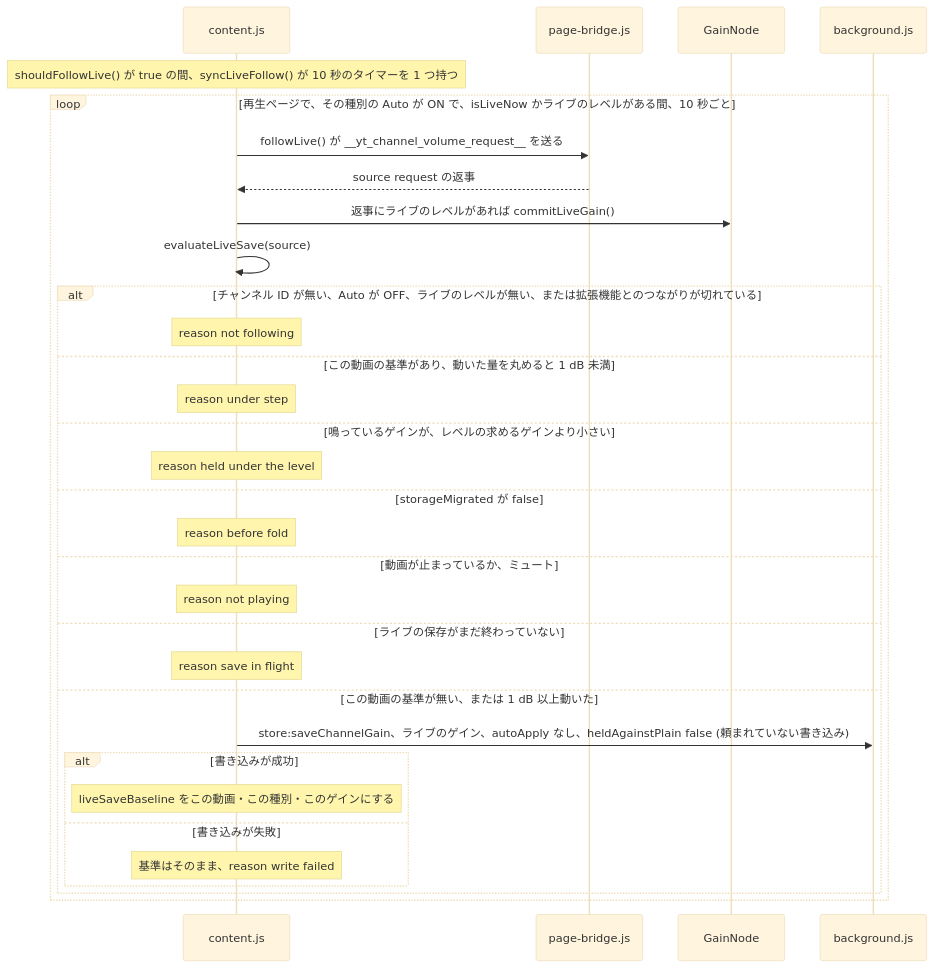
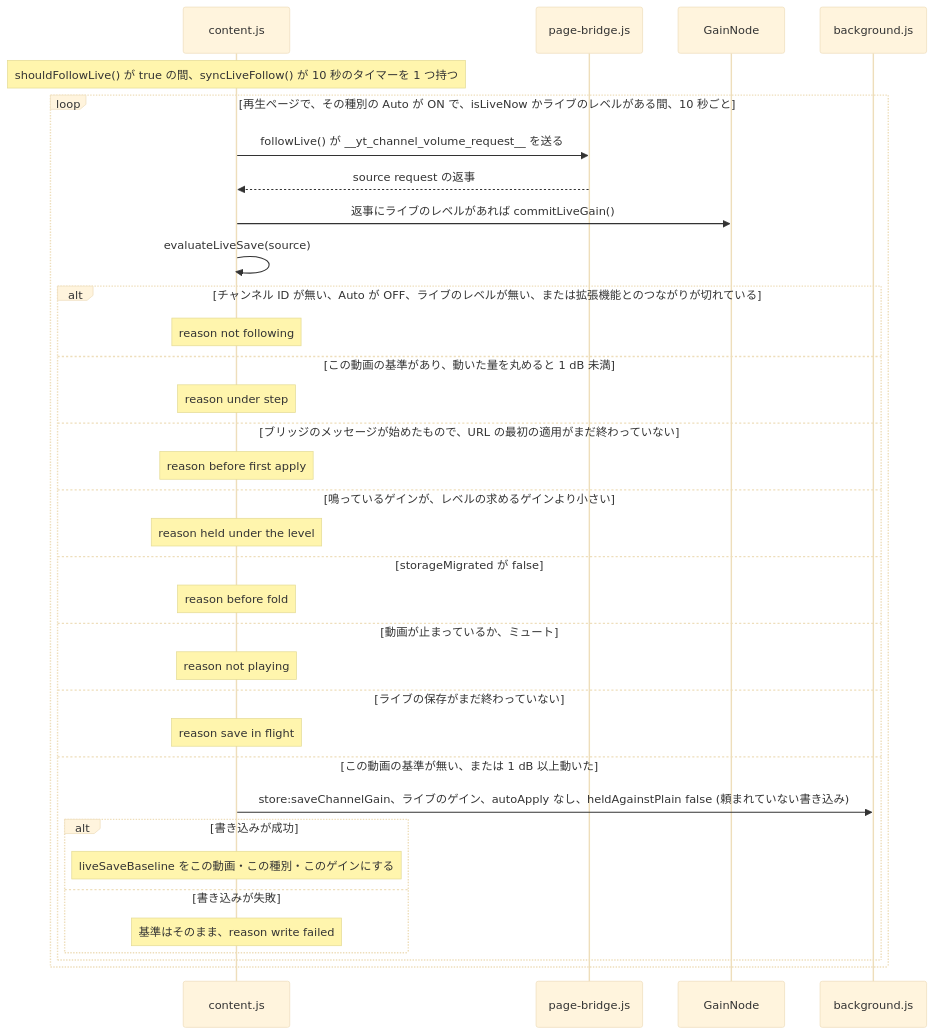
The ninth of 14 diagrams in docs/gain-change-and-save.ja.md (semnil/yt-channel-volume), drawn with Mermaid (base theme) before and after one commit. The commit also changed other lines of this file and 6 other files, not shown here.

````diff
--- a/docs/gain-change-and-save.ja.md
+++ b/docs/gain-change-and-save.ja.md
@@ -455,34 +455,36 @@
 ```mermaid
 sequenceDiagram
   participant C as content.js
   participant B as page-bridge.js
   participant G as GainNode
   participant W as background.js
   Note over C: shouldFollowLive() が true の間、syncLiveFollow() が 10 秒のタイマーを 1 つ持つ
   loop 再生ページで、その種別の Auto が ON で、isLiveNow かライブのレベルがある間、10 秒ごと
     C->>B: followLive() が __yt_channel_volume_request__ を送る
     B-->>C: source request の返事
     C->>G: 返事にライブのレベルがあれば commitLiveGain()
     C->>C: evaluateLiveSave(source)
     alt チャンネル ID が無い、Auto が OFF、ライブのレベルが無い、または拡張機能とのつながりが切れている
       Note over C: reason not following
     else この動画の基準があり、動いた量を丸めると 1 dB 未満
       Note over C: reason under step
+    else ブリッジのメッセージが始めたもので、URL の最初の適用がまだ終わっていない
+      Note over C: reason before first apply
     else 鳴っているゲインが、レベルの求めるゲインより小さい
       Note over C: reason held under the level
     else storageMigrated が false
       Note over C: reason before fold
     else 動画が止まっているか、ミュート
       Note over C: reason not playing
     else ライブの保存がまだ終わっていない
       Note over C: reason save in flight
     else この動画の基準が無い、または 1 dB 以上動いた
       C->>W: store:saveChannelGain、ライブのゲイン、autoApply なし、heldAgainstPlain false (頼まれていない書き込み)
       alt 書き込みが成功
         Note over C: liveSaveBaseline をこの動画・この種別・このゲインにする
       else 書き込みが失敗
         Note over C: 基準はそのまま、reason write failed
       end
     end
   end
 ```
````
